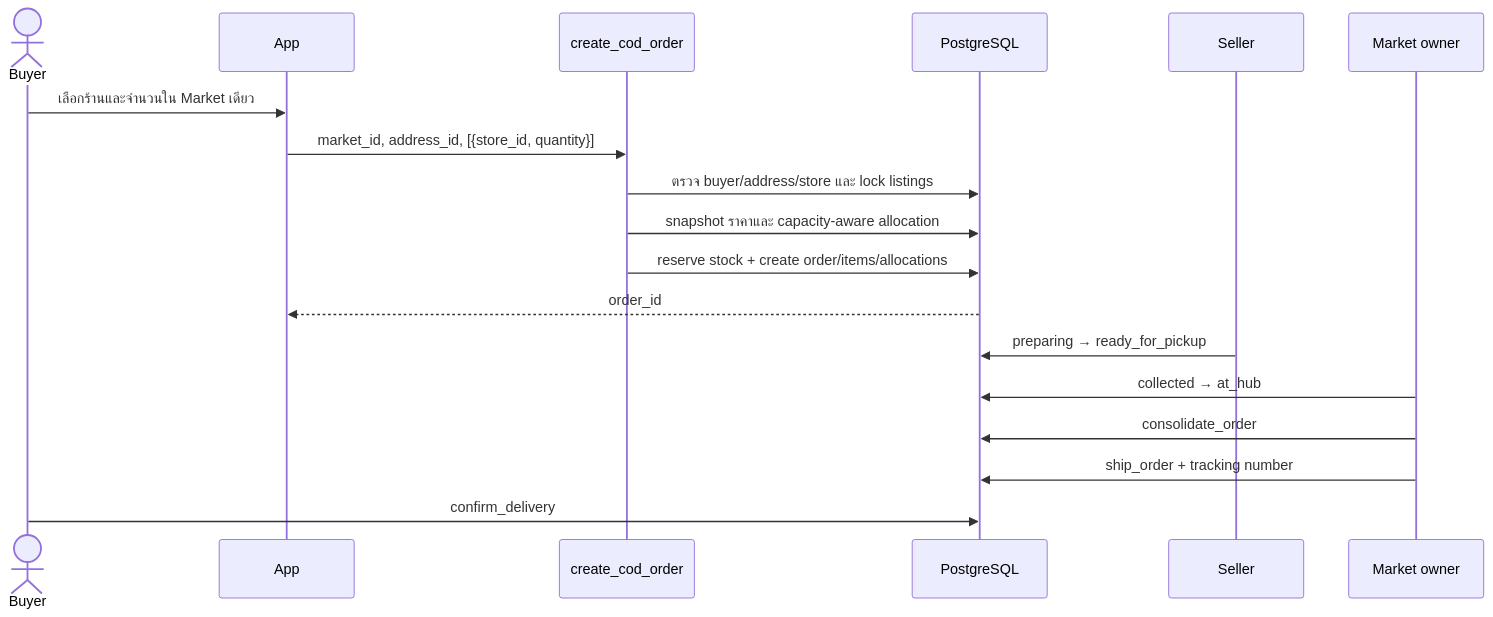
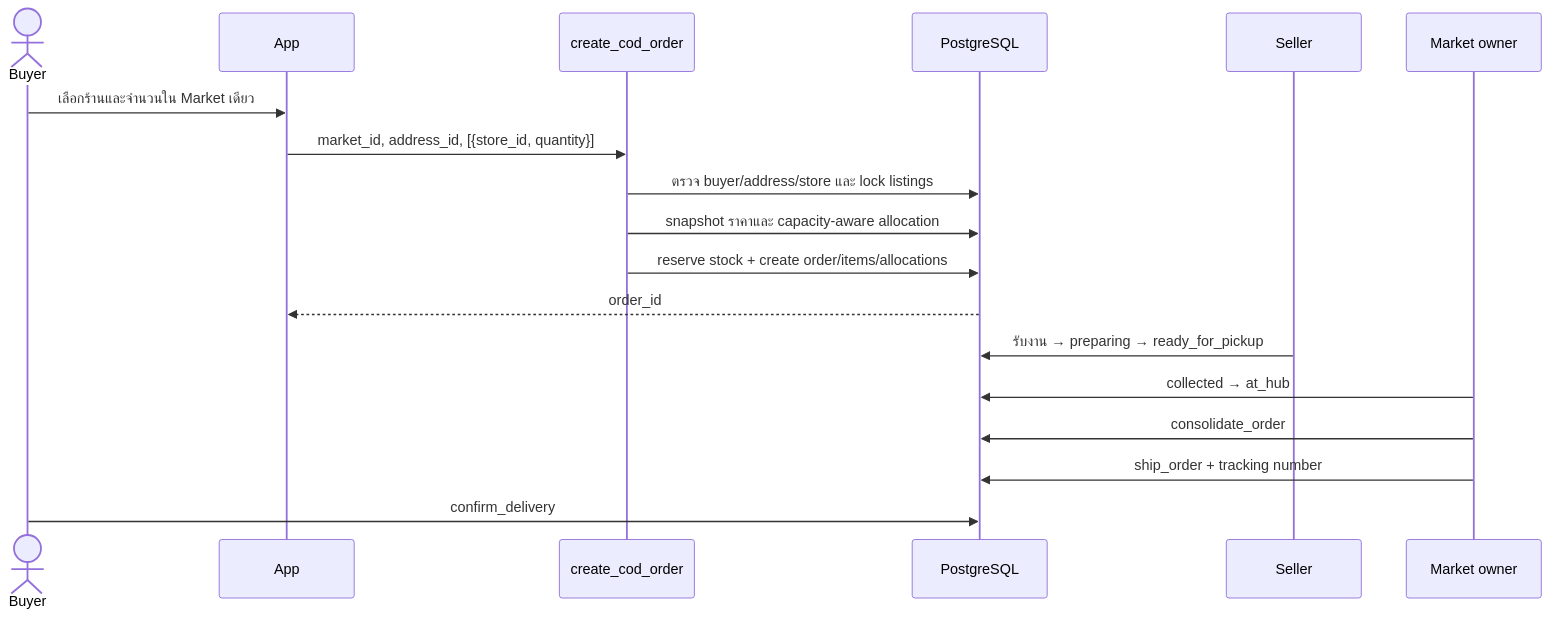
Before and after one commit to MIXThanakorn/locomall: the second of 4 diagrams in README.md, drawn with Mermaid. The commit also changed other lines of this file and 38 other files, not shown here.

````diff
--- a/README.md
+++ b/README.md
@@ -68,21 +68,21 @@
 ```mermaid
 sequenceDiagram
     actor Buyer
     participant App
     participant RPC as create_cod_order
     participant DB as PostgreSQL
     participant Seller
     participant Owner as Market owner
 
     Buyer->>App: เลือกร้านและจำนวนใน Market เดียว
     App->>RPC: market_id, address_id, [{store_id, quantity}]
     RPC->>DB: ตรวจ buyer/address/store และ lock listings
     RPC->>DB: snapshot ราคาและ capacity-aware allocation
     RPC->>DB: reserve stock + create order/items/allocations
     DB-->>App: order_id
-    Seller->>DB: preparing → ready_for_pickup
+    Seller->>DB: รับงาน → preparing → ready_for_pickup
     Owner->>DB: collected → at_hub
     Owner->>DB: consolidate_order
     Owner->>DB: ship_order + tracking number
     Buyer->>DB: confirm_delivery
 ```
````
